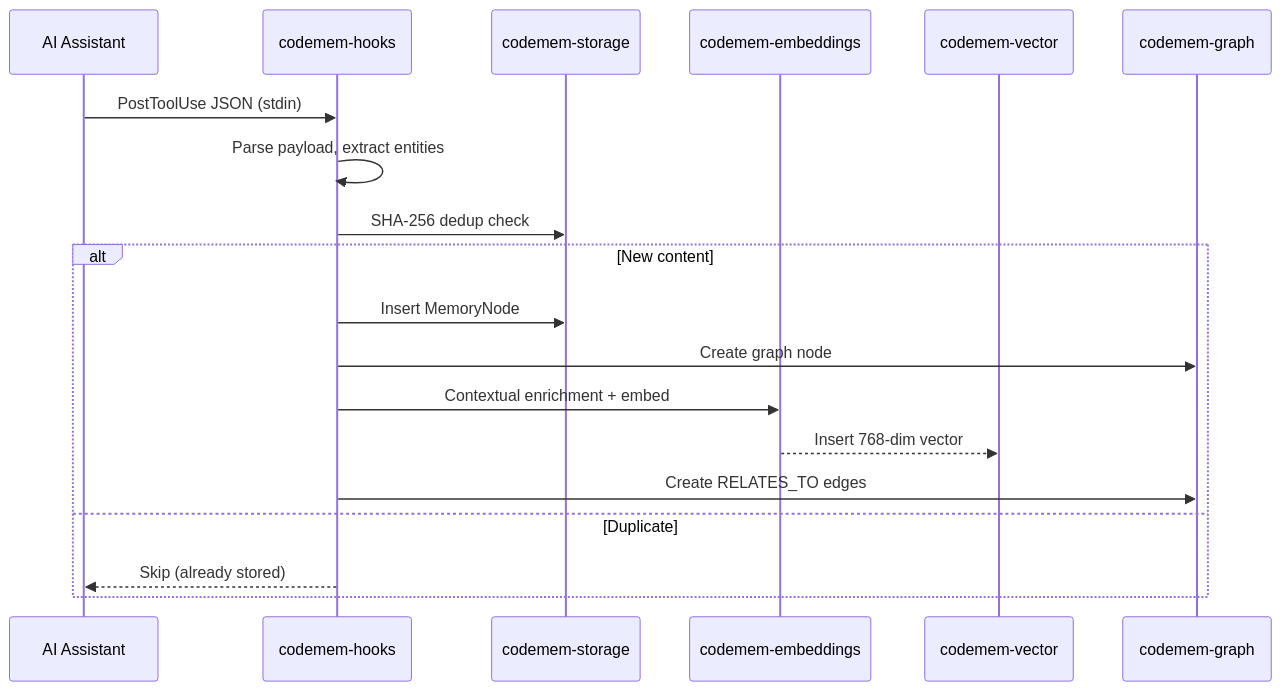
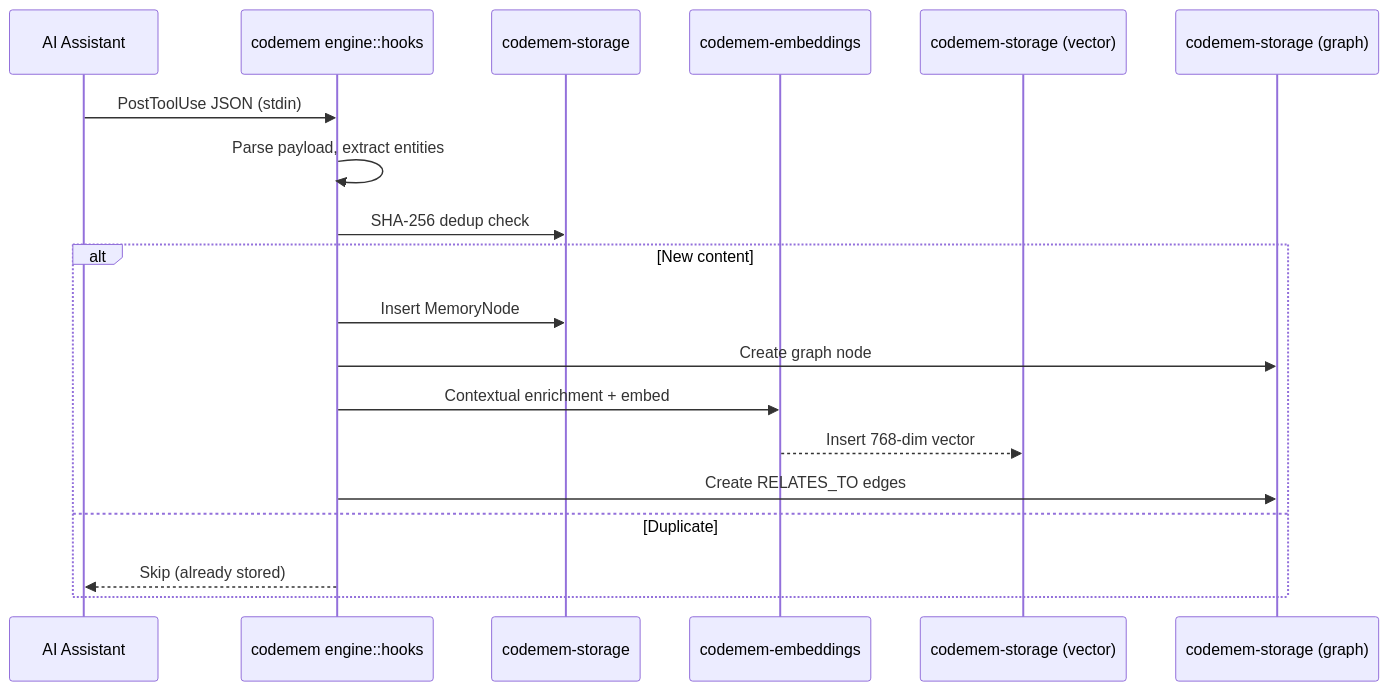
The third of 10 diagrams in docs/architecture.md (cogniplex/codemem), drawn with Mermaid before and after one commit. The commit also changed other lines of this file and 4 other files, not shown here.

````diff
--- a/docs/architecture.md
+++ b/docs/architecture.md
@@ -133,22 +114,22 @@
 ```mermaid
 sequenceDiagram
     participant AI as AI Assistant
-    participant Hook as codemem-hooks
+    participant Hook as codemem engine::hooks
     participant Store as codemem-storage
     participant Emb as codemem-embeddings
-    participant Vec as codemem-vector
-    participant Graph as codemem-graph
+    participant Vec as codemem-storage (vector)
+    participant Graph as codemem-storage (graph)
 
     AI->>Hook: PostToolUse JSON (stdin)
     Hook->>Hook: Parse payload, extract entities
     Hook->>Store: SHA-256 dedup check
     alt New content
         Hook->>Store: Insert MemoryNode
         Hook->>Graph: Create graph node
         Hook->>Emb: Contextual enrichment + embed
         Emb-->>Vec: Insert 768-dim vector
         Hook->>Graph: Create RELATES_TO edges
     else Duplicate
         Hook-->>AI: Skip (already stored)
     end
 ```
````
